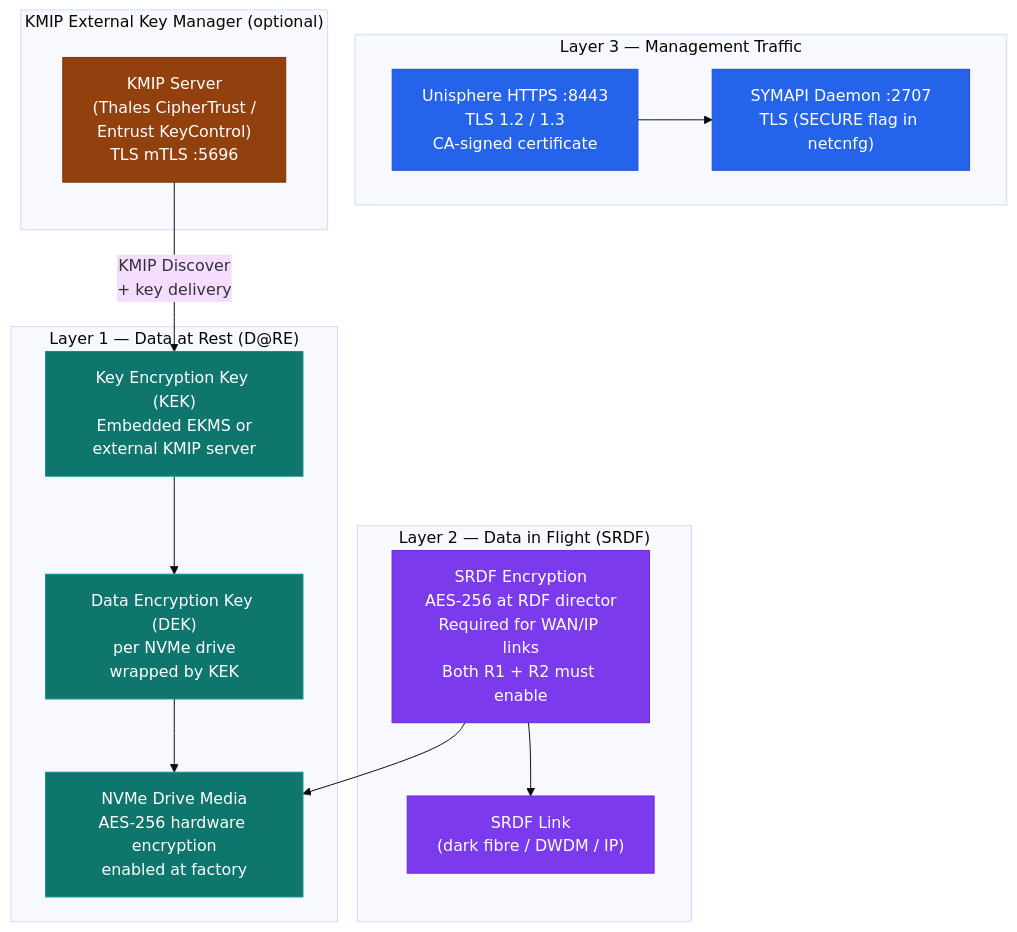
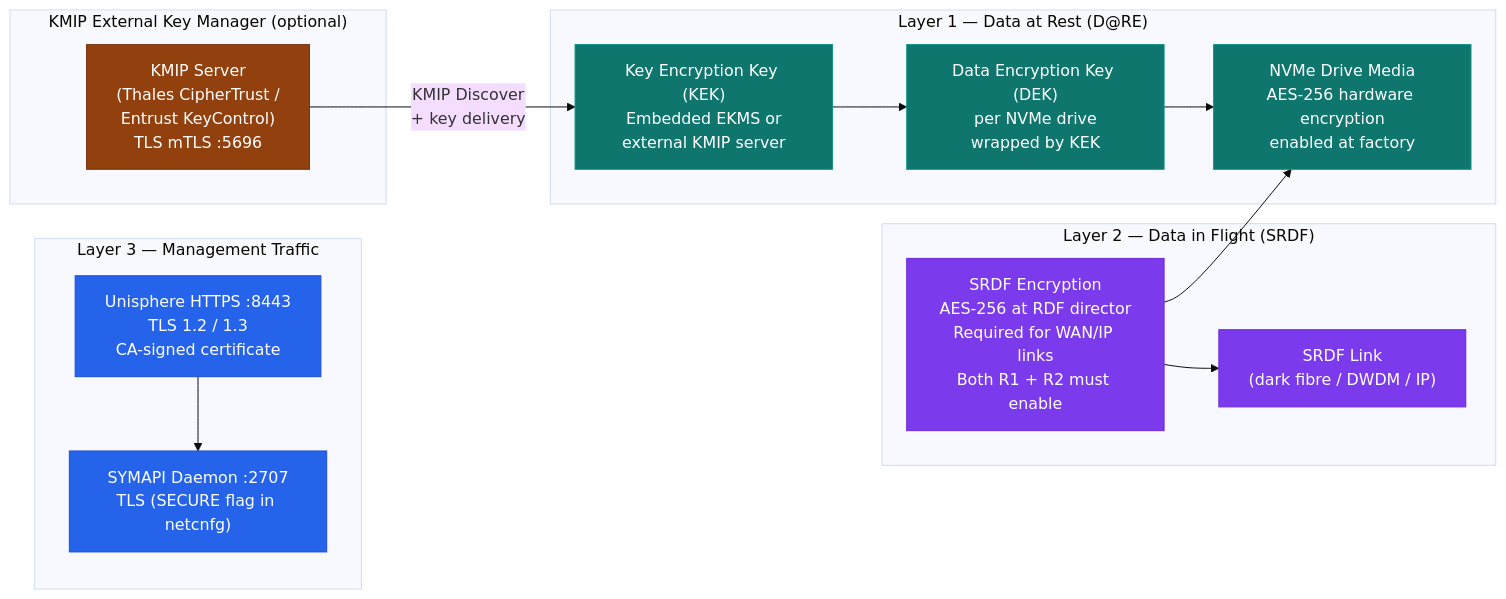
Before and after one commit to canast01/chris-kb: the diagram in docs/storage/dell/powermax/security/encryption.md, drawn with Mermaid (base theme). The commit also changed 192 other files, not shown here.

````diff
--- a/docs/storage/dell/powermax/security/encryption.md
+++ b/docs/storage/dell/powermax/security/encryption.md
@@ -28,34 +28,34 @@
 ```mermaid
-graph TD
+graph LR
     subgraph "Layer 3 — Management Traffic"
         TLS_UNI["Unisphere HTTPS :8443\nTLS 1.2 / 1.3\nCA-signed certificate"]
         TLS_SE["SYMAPI Daemon :2707\nTLS (SECURE flag in netcnfg)"]
     end
     subgraph "Layer 2 — Data in Flight (SRDF)"
         SRDF_ENC["SRDF Encryption\nAES-256 at RDF director\nRequired for WAN/IP links\nBoth R1 + R2 must enable"]
         SRDF_LINK["SRDF Link\n(dark fibre / DWDM / IP)"]
         SRDF_ENC --> SRDF_LINK
     end
     subgraph "Layer 1 — Data at Rest (D@RE)"
         KEK["Key Encryption Key (KEK)\nEmbedded EKMS or\nexternal KMIP server"]
         DEK["Data Encryption Key (DEK)\nper NVMe drive\nwrapped by KEK"]
         NVME["NVMe Drive Media\nAES-256 hardware encryption\nenabled at factory"]
         KEK --> DEK --> NVME
     end
     subgraph "KMIP External Key Manager (optional)"
         KMIP["KMIP Server\n(Thales CipherTrust /\nEntrust KeyControl)\nTLS mTLS :5696"]
         KMIP -->|"KMIP Discover\n+ key delivery"| KEK
     end
 
     TLS_UNI --> TLS_SE
     SRDF_ENC --> NVME
 
     classDef mgmt fill:#2563eb,stroke:#1d4ed8,color:#fff
     classDef inflight fill:#7c3aed,stroke:#6d28d9,color:#fff
     classDef atrest fill:#0f766e,stroke:#0d9488,color:#fff
     classDef kmip fill:#92400e,stroke:#78350f,color:#fff
     class TLS_UNI,TLS_SE mgmt
     class SRDF_ENC,SRDF_LINK inflight
     class KEK,DEK,NVME atrest
     class KMIP kmip
 ```
````
